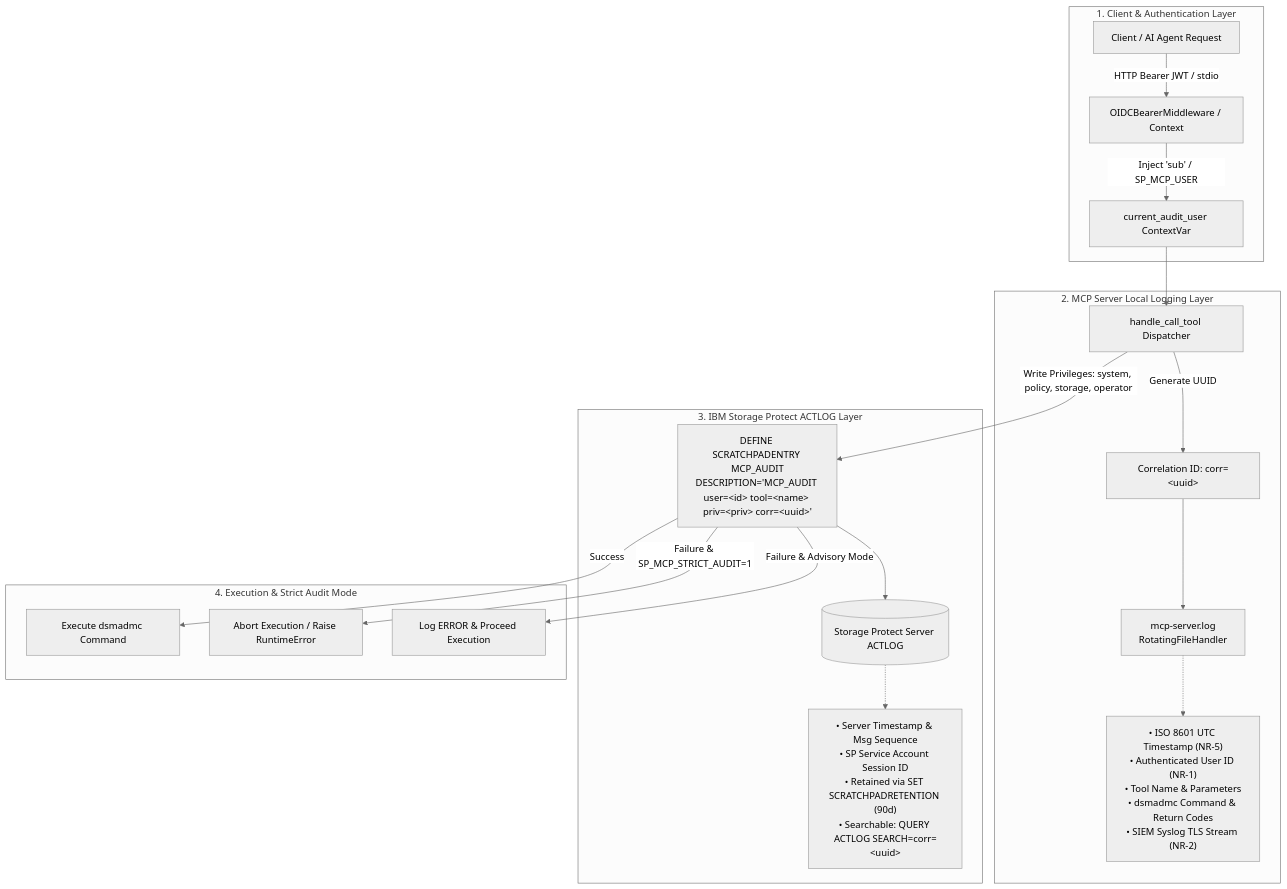
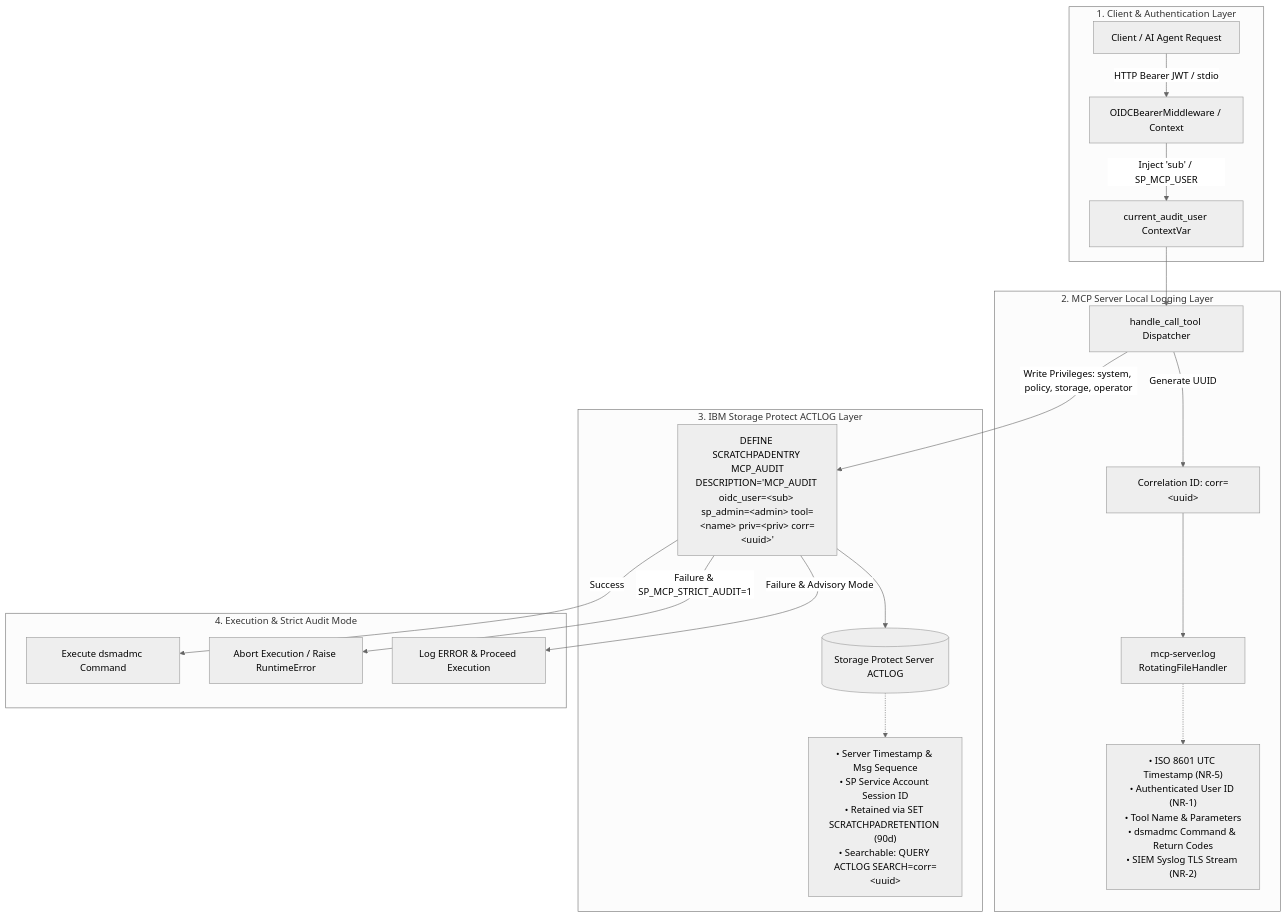
The second of 2 diagrams in docs/analysis/security-design-analysis.md (IBM/storage-protect-mcp-server), drawn with Mermaid (neutral theme) before and after one commit. The commit also changed other lines of this file and 65 other files, not shown here.

````diff
--- a/docs/analysis/security-design-analysis.md
+++ b/docs/analysis/security-design-analysis.md
@@ -323,26 +327,26 @@
 ```mermaid
 flowchart TD
     subgraph ClientLayer [1. Client & Authentication Layer]
         A[Client / AI Agent Request] -->|HTTP Bearer JWT / stdio| B[OIDCBearerMiddleware / Context]
         B -->|Inject 'sub' / SP_MCP_USER| C[current_audit_user ContextVar]
     end
 
     subgraph MCPLocalAudit [2. MCP Server Local Logging Layer]
         C --> D[handle_call_tool Dispatcher]
         D -->|Generate UUID| E[Correlation ID: corr=&lt;uuid&gt;]
         E --> F[mcp-server.log\nRotatingFileHandler]
         F -.-> F1["• ISO 8601 UTC Timestamp (NR-5)\n• Authenticated User ID (NR-1)\n• Tool Name & Parameters\n• dsmadmc Command & Return Codes\n• SIEM Syslog TLS Stream (NR-2)"]
     end
 
     subgraph SPAuditLog [3. IBM Storage Protect ACTLOG Layer]
-        D -->|Write Privileges: system, policy, storage, operator| G["DEFINE SCRATCHPADENTRY MCP_AUDIT\nDESCRIPTION='MCP_AUDIT user=&lt;id&gt; tool=&lt;name&gt; priv=&lt;priv&gt; corr=&lt;uuid&gt;'"]
+        D -->|Write Privileges: system, policy, storage, operator| G["DEFINE SCRATCHPADENTRY MCP_AUDIT\nDESCRIPTION='MCP_AUDIT oidc_user=&lt;sub&gt; sp_admin=&lt;admin&gt; tool=&lt;name&gt; priv=&lt;priv&gt; corr=&lt;uuid&gt;'"]
         G --> H[(Storage Protect Server ACTLOG)]
         H -.-> H1["• Server Timestamp & Msg Sequence\n• SP Service Account Session ID\n• Retained via SET SCRATCHPADRETENTION (90d)\n• Searchable: QUERY ACTLOG SEARCH=corr=&lt;uuid&gt;"]
     end
 
     subgraph ExecutionControl [4. Execution & Strict Audit Mode]
         G -->|Success| I[Execute dsmadmc Command]
         G -->|Failure & SP_MCP_STRICT_AUDIT=1| J[Abort Execution / Raise RuntimeError]
         G -->|Failure & Advisory Mode| K[Log ERROR & Proceed Execution]
     end
 ```
````
